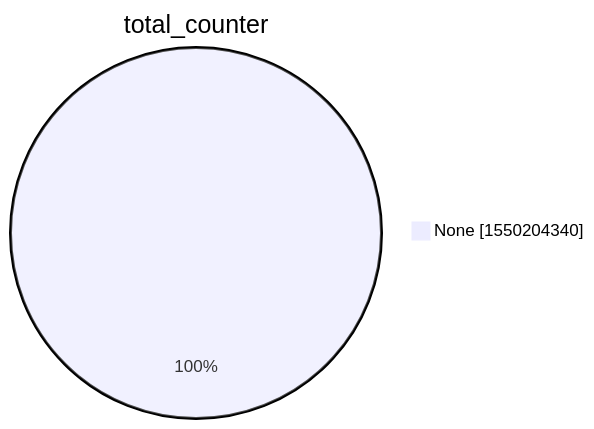
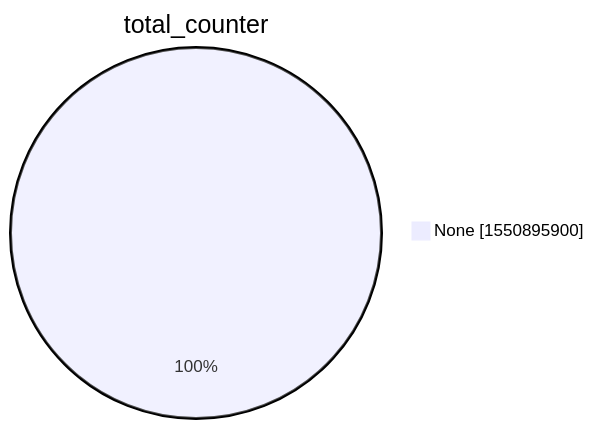
One commit to christiankrug/ctmonitor_visualization changed the second of 15 diagrams in xenon2022/README.md. Above: the diagram before and after it, drawn with Mermaid. The commit also changed other lines of this file, not shown here.

````diff
--- a/xenon2022/README.md
+++ b/xenon2022/README.md
@@ -9,5 +9,5 @@
 ```mermaid
 pie showData
 title total_counter
-"None" :1550204340
+"None" :1550895900
 ```
````
